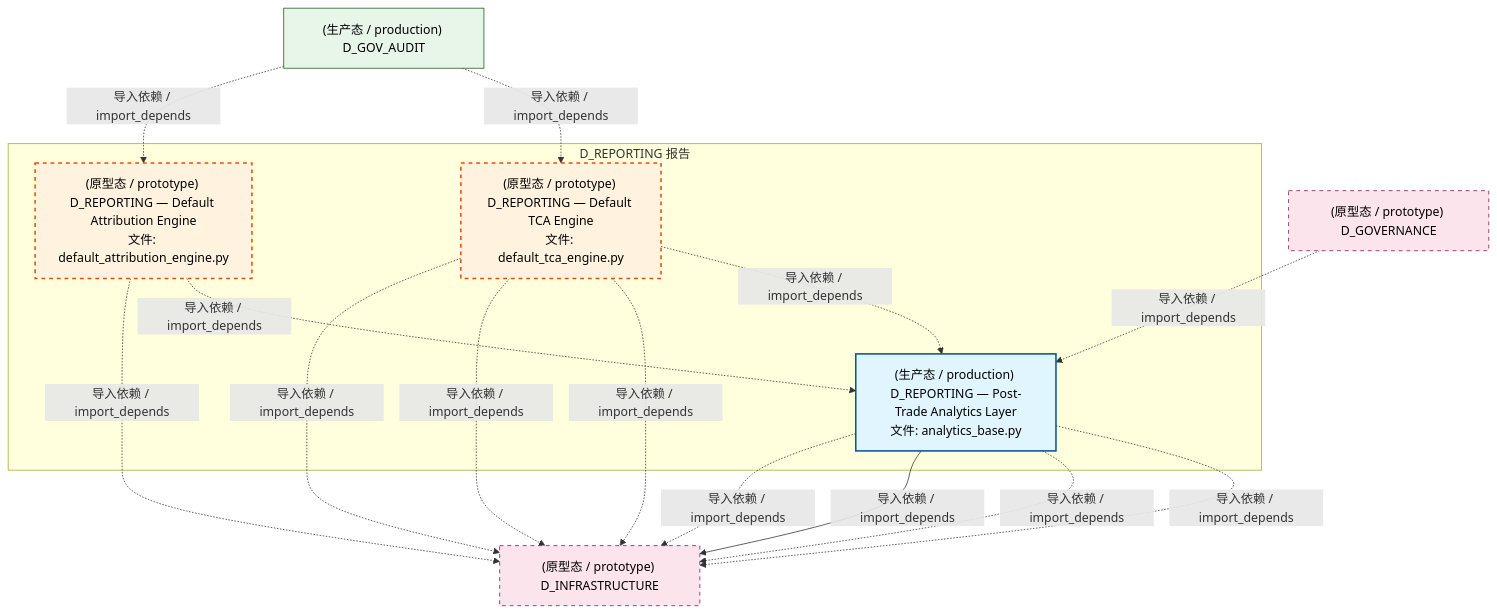
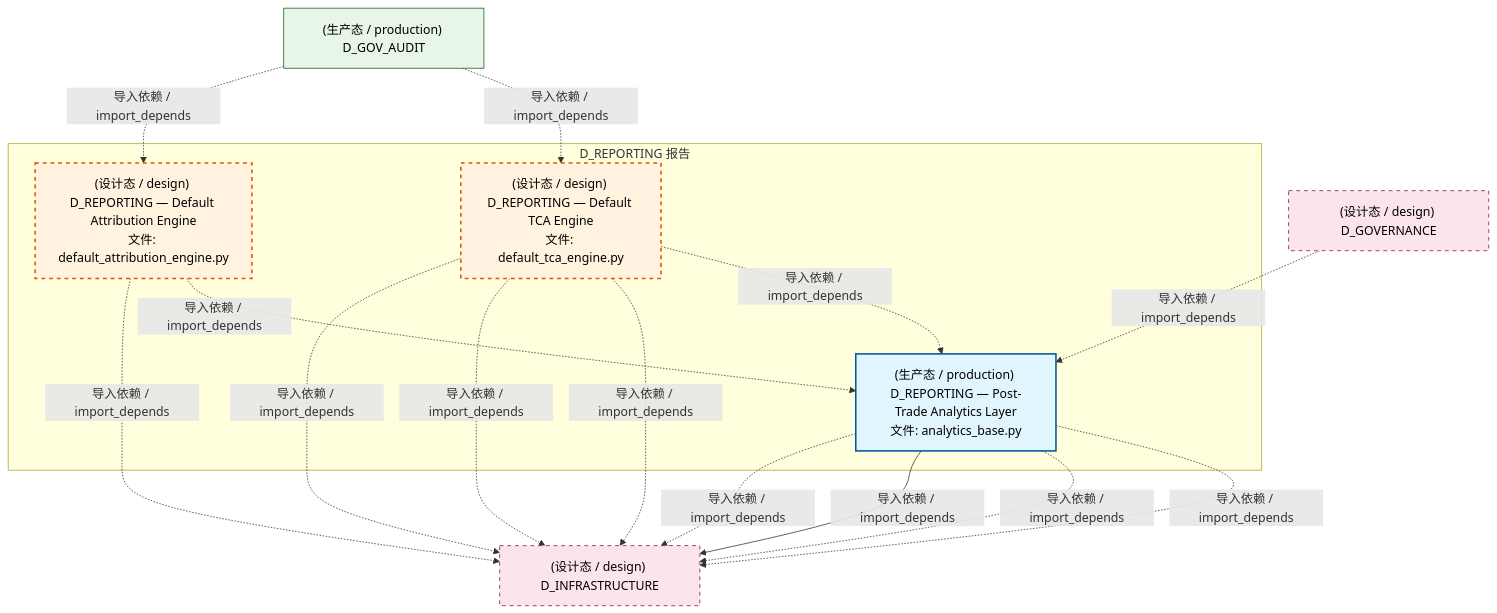
One commit to xuanFelixVan/ZephyrAlpha changed the first of 4 diagrams in docs/02_enterprise_architecture/02_domain_architecture_docs/23_d_reporting.md. Above: the diagram before and after it, drawn with Mermaid. The commit also changed other lines of this file and 177 other files, not shown here.

````diff
--- a/docs/02_enterprise_architecture/02_domain_architecture_docs/23_d_reporting.md
+++ b/docs/02_enterprise_architecture/02_domain_architecture_docs/23_d_reporting.md
@@ -65,32 +64,32 @@
 ```mermaid
 graph TD
     subgraph D_REPORTING["D_REPORTING 报告"]
         src_zephyr_reporting_analytics_base_py["(生产态 / production) D_REPORTING — Post-Trade Analytics Layer<br/>文件: analytics_base.py"]
-        src_zephyr_reporting_default_attribution_engine_py["(原型态 / prototype) D_REPORTING — Default Attribution Engine<br/>文件: default_attribution_engine.py"]
-        src_zephyr_reporting_default_tca_engine_py["(原型态 / prototype) D_REPORTING — Default TCA Engine<br/>文件: default_tca_engine.py"]
+        src_zephyr_reporting_default_attribution_engine_py["(设计态 / design) D_REPORTING — Default Attribution Engine<br/>文件: default_attribution_engine.py"]
+        src_zephyr_reporting_default_tca_engine_py["(设计态 / design) D_REPORTING — Default TCA Engine<br/>文件: default_tca_engine.py"]
     end
     src_zephyr_reporting_default_attribution_engine_py -.->|导入依赖 / import_depends| src_zephyr_reporting_analytics_base_py
     src_zephyr_reporting_default_tca_engine_py -.->|导入依赖 / import_depends| src_zephyr_reporting_analytics_base_py
-    D_INFRASTRUCTURE["(原型态 / prototype) D_INFRASTRUCTURE"]
+    D_INFRASTRUCTURE["(设计态 / design) D_INFRASTRUCTURE"]
     src_zephyr_reporting_analytics_base_py -.->|导入依赖 / import_depends| D_INFRASTRUCTURE
     src_zephyr_reporting_default_tca_engine_py -.->|导入依赖 / import_depends| D_INFRASTRUCTURE
     src_zephyr_reporting_analytics_base_py -.->|导入依赖 / import_depends| D_INFRASTRUCTURE
     src_zephyr_reporting_default_tca_engine_py -.->|导入依赖 / import_depends| D_INFRASTRUCTURE
     src_zephyr_reporting_analytics_base_py -->|导入依赖 / import_depends| D_INFRASTRUCTURE
     src_zephyr_reporting_analytics_base_py -.->|导入依赖 / import_depends| D_INFRASTRUCTURE
     src_zephyr_reporting_default_attribution_engine_py -.->|导入依赖 / import_depends| D_INFRASTRUCTURE
     src_zephyr_reporting_default_tca_engine_py -.->|导入依赖 / import_depends| D_INFRASTRUCTURE
     D_GOV_AUDIT["(生产态 / production) D_GOV_AUDIT"]
     D_GOV_AUDIT -.->|导入依赖 / import_depends| src_zephyr_reporting_default_tca_engine_py
     D_GOV_AUDIT -.->|导入依赖 / import_depends| src_zephyr_reporting_default_attribution_engine_py
-    D_GOVERNANCE["(原型态 / prototype) D_GOVERNANCE"]
+    D_GOVERNANCE["(设计态 / design) D_GOVERNANCE"]
     D_GOVERNANCE -.->|导入依赖 / import_depends| src_zephyr_reporting_analytics_base_py
     classDef production fill:#e1f5fe,stroke:#01579b,stroke-width:2px,color:#000
     classDef design fill:#fff3e0,stroke:#e65100,stroke-width:2px,color:#000,stroke-dasharray: 5 5
     classDef external_prod fill:#e8f5e9,stroke:#1b5e20,stroke-width:1px,color:#000
     classDef external_design fill:#fce4ec,stroke:#880e4f,stroke-width:1px,color:#000,stroke-dasharray: 5 5
     class src_zephyr_reporting_analytics_base_py production
     class src_zephyr_reporting_default_attribution_engine_py,src_zephyr_reporting_default_tca_engine_py design
     class D_GOV_AUDIT external_prod
     class D_INFRASTRUCTURE,D_GOVERNANCE external_design
 ```
````
